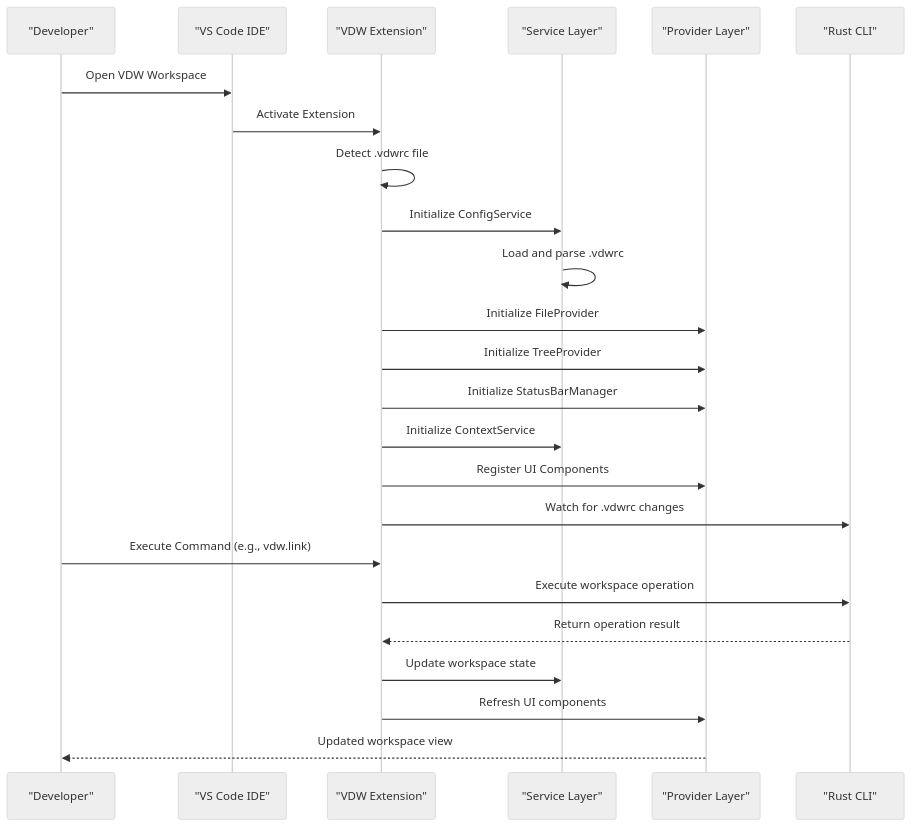
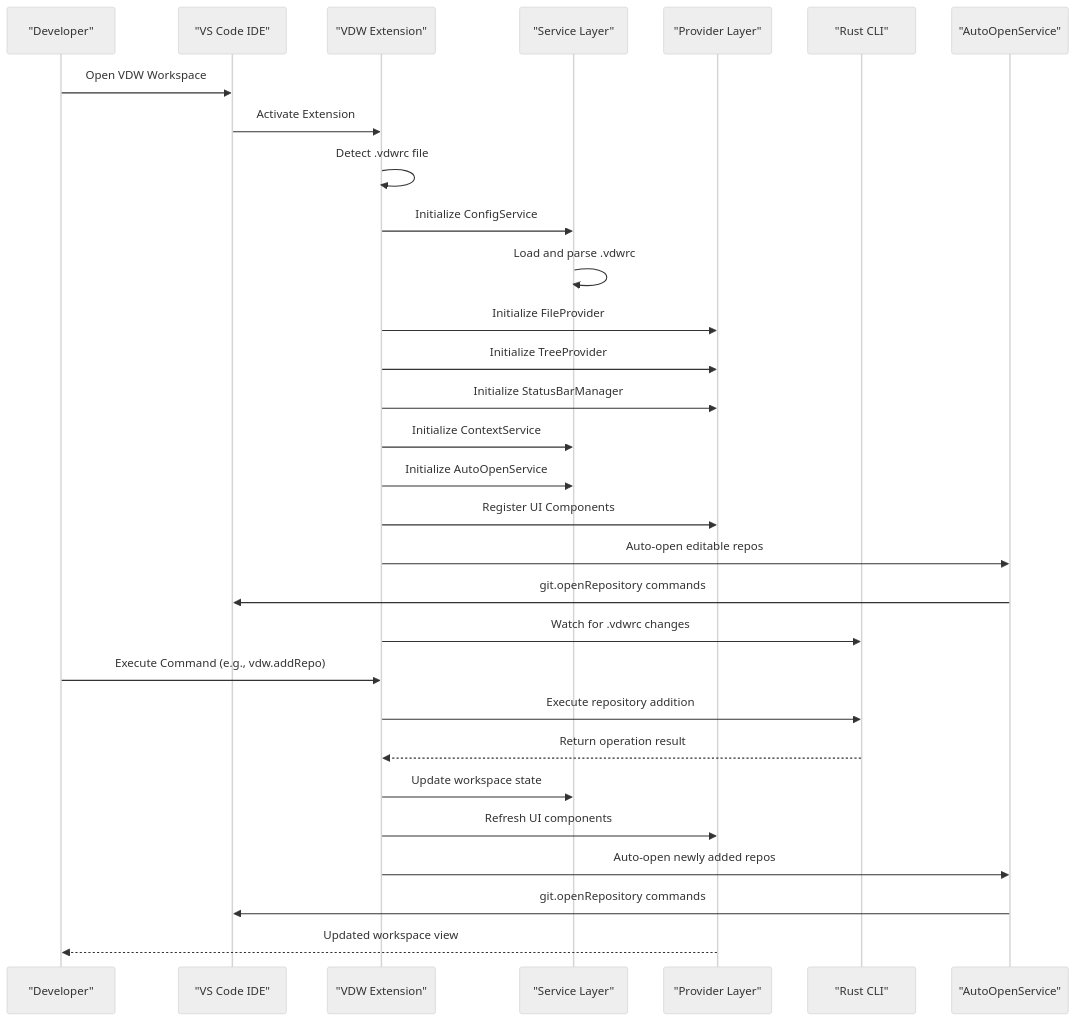
One commit to HWH-2019/vdw changed the second of 6 diagrams in .qoder/repowiki/en/content/Core Features Documentation/VS Code Plugin Bridge & IDE Integration.md. Above: the diagram before and after it, drawn with Mermaid (neutral theme). The commit also changed other lines of this file and 12 other files, not shown here.

````diff
--- a/.qoder/repowiki/en/content/Core Features Documentation/VS Code Plugin Bridge & IDE Integration.md
+++ b/.qoder/repowiki/en/content/Core Features Documentation/VS Code Plugin Bridge & IDE Integration.md
@@ -205,26 +198,32 @@
 ```mermaid
 sequenceDiagram
 participant User as "Developer"
 participant VSCode as "VS Code IDE"
 participant Extension as "VDW Extension"
 participant Services as "Service Layer"
 participant Providers as "Provider Layer"
 participant CLI as "Rust CLI"
+participant AutoOpen as "AutoOpenService"
 User->>VSCode : Open VDW Workspace
 VSCode->>Extension : Activate Extension
 Extension->>Extension : Detect .vdwrc file
 Extension->>Services : Initialize ConfigService
 Services->>Services : Load and parse .vdwrc
 Extension->>Providers : Initialize FileProvider
 Extension->>Providers : Initialize TreeProvider
 Extension->>Providers : Initialize StatusBarManager
 Extension->>Services : Initialize ContextService
+Extension->>Services : Initialize AutoOpenService
 Extension->>Providers : Register UI Components
+Extension->>AutoOpen : Auto-open editable repos
+AutoOpen->>VSCode : git.openRepository commands
 Extension->>CLI : Watch for .vdwrc changes
-User->>Extension : Execute Command (e.g., vdw.link)
-Extension->>CLI : Execute workspace operation
+User->>Extension : Execute Command (e.g., vdw.addRepo)
+Extension->>CLI : Execute repository addition
 CLI-->>Extension : Return operation result
 Extension->>Services : Update workspace state
 Extension->>Providers : Refresh UI components
+Extension->>AutoOpen : Auto-open newly added repos
+AutoOpen->>VSCode : git.openRepository commands
 Providers-->>User : Updated workspace view
 ```
````
